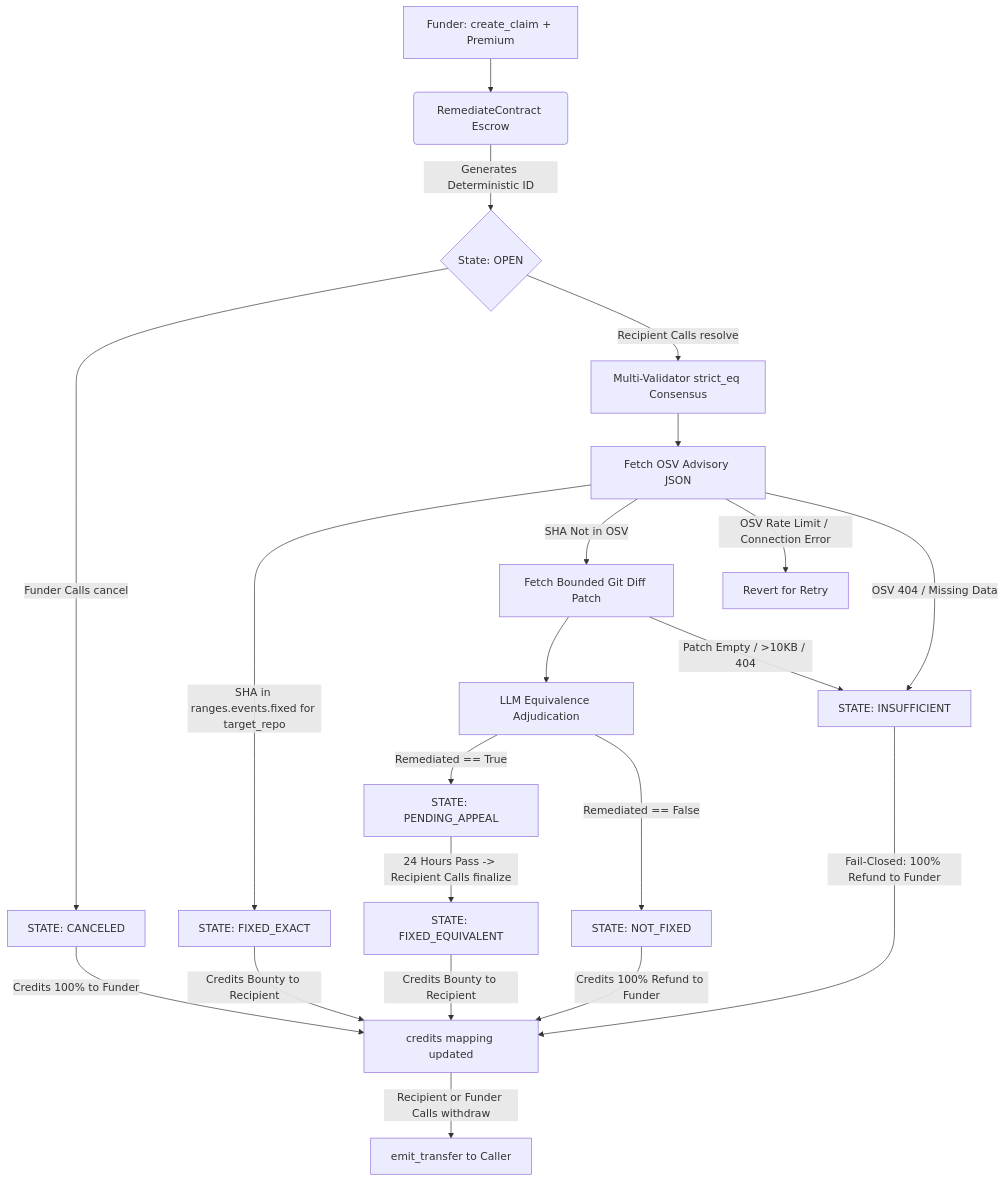
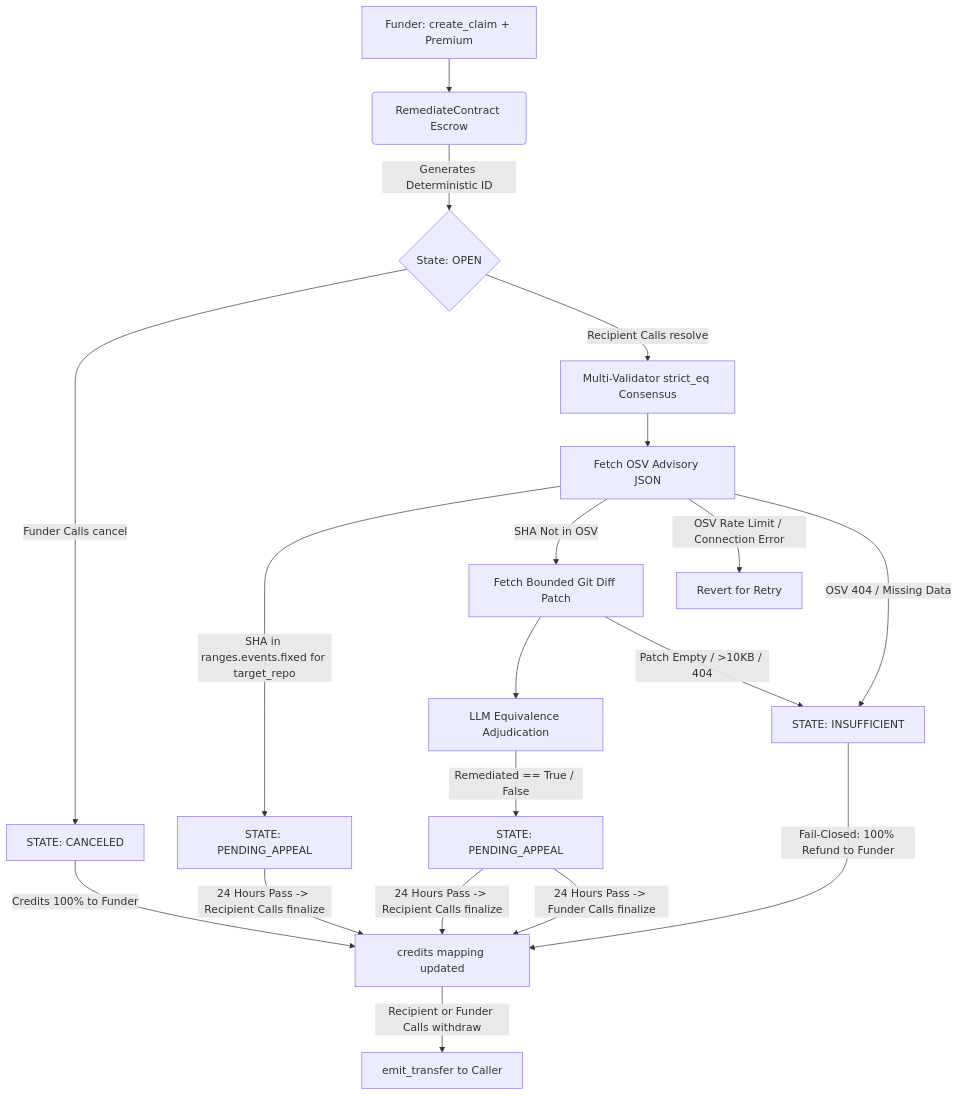
Before and after one commit to edwarderlick/remediate: the diagram in README.md, drawn with Mermaid. The commit also changed other lines of this file and 7 other files, not shown here.

Commit message:
Fix README state machine diagram and cleanup unused contract probes

````diff
--- a/README.md
+++ b/README.md
@@ -26,30 +26,28 @@
 ```mermaid
 graph TD
     A[Funder: create_claim + Premium] --> B(RemediateContract Escrow)
     B -->|Generates Deterministic ID| C{State: OPEN}
     
     C -->|Funder Calls cancel| D[STATE: CANCELED]
     D -->|Credits 100% to Funder| W[credits mapping updated]
     
     C -->|Recipient Calls resolve| E[Multi-Validator strict_eq Consensus]
     E --> F[Fetch OSV Advisory JSON]
     
-    F -->|SHA in ranges.events.fixed for target_repo| G[STATE: FIXED_EXACT]
-    G -->|Credits Bounty to Recipient| W
+    F -->|SHA in ranges.events.fixed for target_repo| G[STATE: PENDING_APPEAL]
+    G -->|24 Hours Pass -> Recipient Calls finalize| W[credits mapping updated]
     
     F -->|SHA Not in OSV| H[Fetch Bounded Git Diff Patch]
     H --> I[LLM Equivalence Adjudication]
-    I -->|Remediated == True| J[STATE: PENDING_APPEAL]
-    J -->|24 Hours Pass -> Recipient Calls finalize| P[STATE: FIXED_EQUIVALENT]
-    P -->|Credits Bounty to Recipient| W
-    I -->|Remediated == False| K[STATE: NOT_FIXED]
-    K -->|Credits 100% Refund to Funder| W
+    I -->|Remediated == True / False| J[STATE: PENDING_APPEAL]
+    J -->|24 Hours Pass -> Recipient Calls finalize| W
+    J -->|24 Hours Pass -> Funder Calls finalize| W
     
     F -->|OSV Rate Limit / Connection Error| R[Revert for Retry]
     F -->|OSV 404 / Missing Data| L[STATE: INSUFFICIENT]
     L -->|Fail-Closed: 100% Refund to Funder| W
     
     H -->|Patch Empty / >10KB / 404| L
     
     W -->|Recipient or Funder Calls withdraw| M[emit_transfer to Caller]
 ```
````
